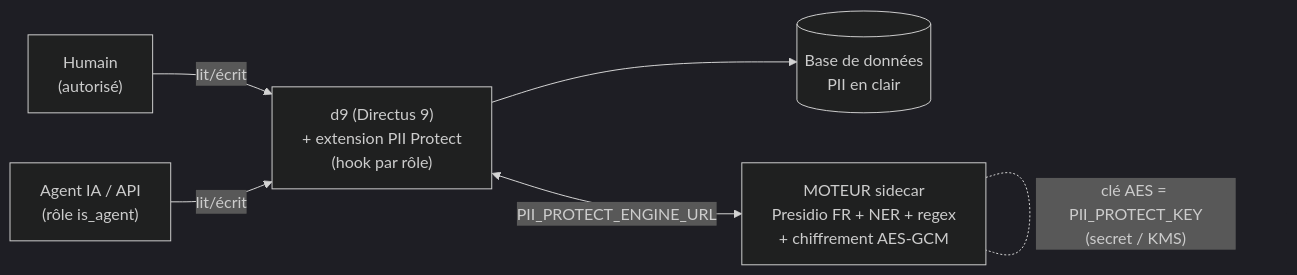
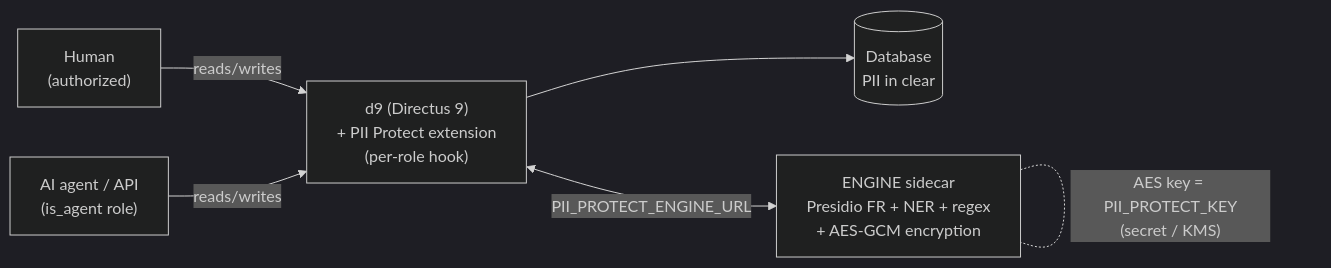
The diagram in ARCHITECTURE.md (Grouzoul/d9-pii-protect), drawn with Mermaid (dark theme) before and after one commit. The commit also changed other lines of this file and 20 other files, not shown here.

````diff
--- a/ARCHITECTURE.md
+++ b/ARCHITECTURE.md
@@ -27,14 +26,14 @@
 ```mermaid
 flowchart LR
-    agent["Agent IA / API<br/>(rôle is_agent)"]
-    human["Humain<br/>(autorisé)"]
-    d9["d9 (Directus 9)<br/>+ extension PII Protect<br/>(hook par rôle)"]
-    db[("Base de données<br/>PII en clair")]
-    engine["MOTEUR sidecar<br/>Presidio FR + NER + regex<br/>+ chiffrement AES-GCM"]
+    agent["AI agent / API<br/>(is_agent role)"]
+    human["Human<br/>(authorized)"]
+    d9["d9 (Directus 9)<br/>+ PII Protect extension<br/>(per-role hook)"]
+    db[("Database<br/>PII in clear")]
+    engine["ENGINE sidecar<br/>Presidio FR + NER + regex<br/>+ AES-GCM encryption"]
 
-    human -->|lit/écrit| d9
-    agent -->|lit/écrit| d9
+    human -->|reads/writes| d9
+    agent -->|reads/writes| d9
     d9 <-->|PII_PROTECT_ENGINE_URL| engine
     d9 --> db
-    engine -. "clé AES = PII_PROTECT_KEY<br/>(secret / KMS)" .- engine
+    engine -. "AES key = PII_PROTECT_KEY<br/>(secret / KMS)" .- engine
 ```
````
